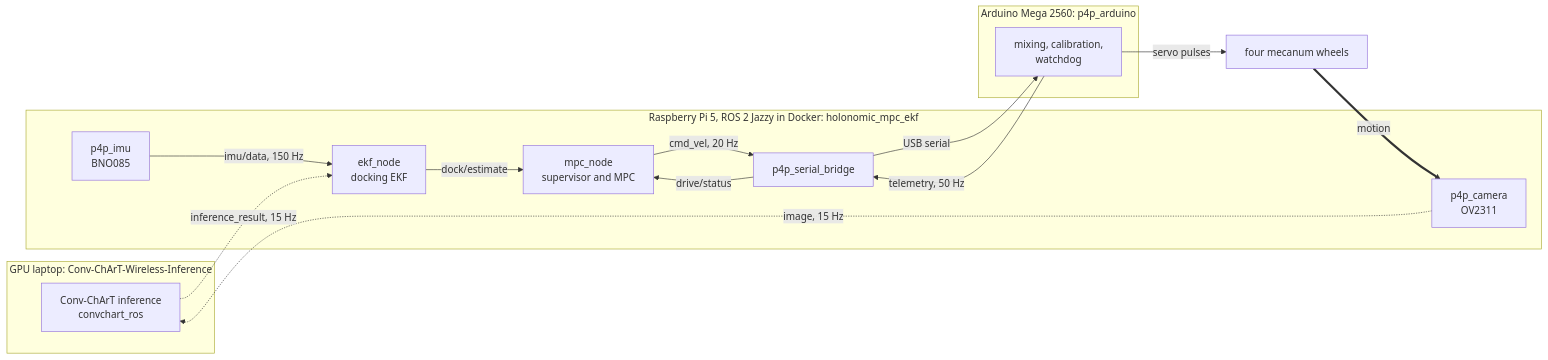
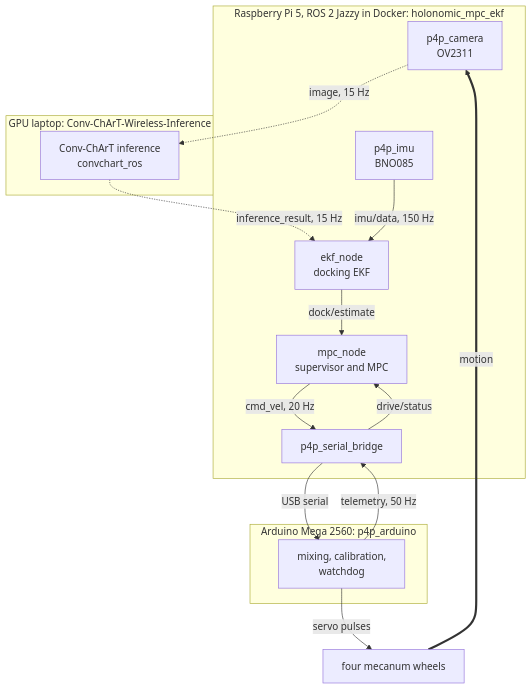
One commit to adamwright103/autonomous-barrier-docking changed the diagram in README.md. Above: the diagram before and after it, drawn with Mermaid.

Commit message:
draw the system diagram top to bottom
Left to right it is over 2000 px wide, so GitHub shrinks it to the README
column and the labels become unreadable. Top to bottom, with the Pi first, it
fits the column at full size and reads in the order the data flows: camera,
laptop, EKF, MPC, serial bridge, Mega, wheels, and the motion back to the
camera.

````diff
--- a/README.md
+++ b/README.md
@@ -119,31 +119,31 @@
 ```mermaid
-flowchart LR
-    subgraph LAPTOP["GPU laptop: Conv-ChArT-Wireless-Inference"]
-        INF["Conv-ChArT inference<br/>convchart_ros"]
-    end
-
+flowchart TB
     subgraph PI["Raspberry Pi 5, ROS 2 Jazzy in Docker: holonomic_mpc_ekf"]
         CAM["p4p_camera<br/>OV2311"]
         IMU["p4p_imu<br/>BNO085"]
         EKF["ekf_node<br/>docking EKF"]
         MPC["mpc_node<br/>supervisor and MPC"]
         SB["p4p_serial_bridge"]
+    end
+
+    subgraph LAPTOP["GPU laptop: Conv-ChArT-Wireless-Inference"]
+        INF["Conv-ChArT inference<br/>convchart_ros"]
     end
 
     subgraph MEGA["Arduino Mega 2560: p4p_arduino"]
         FW["mixing, calibration,<br/>watchdog"]
     end
 
     BASE["four mecanum wheels"]
 
     CAM -.->|"image, 15 Hz"| INF
     INF -.->|"inference_result, 15 Hz"| EKF
     IMU -->|"imu/data, 150 Hz"| EKF
     EKF -->|"dock/estimate"| MPC
     MPC -->|"cmd_vel, 20 Hz"| SB
     SB -->|"USB serial"| FW
     FW -->|"telemetry, 50 Hz"| SB
     SB -->|"drive/status"| MPC
     FW -->|"servo pulses"| BASE
     BASE ==>|"motion"| CAM
 ```
````
